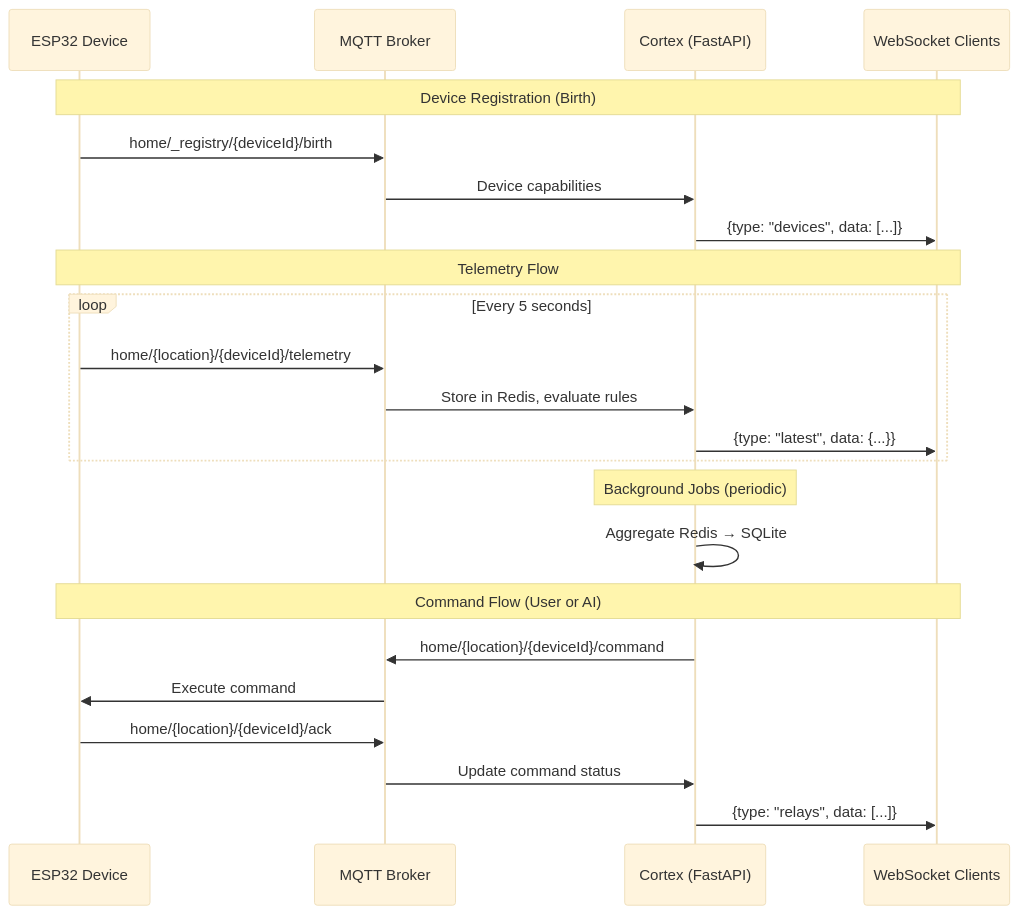
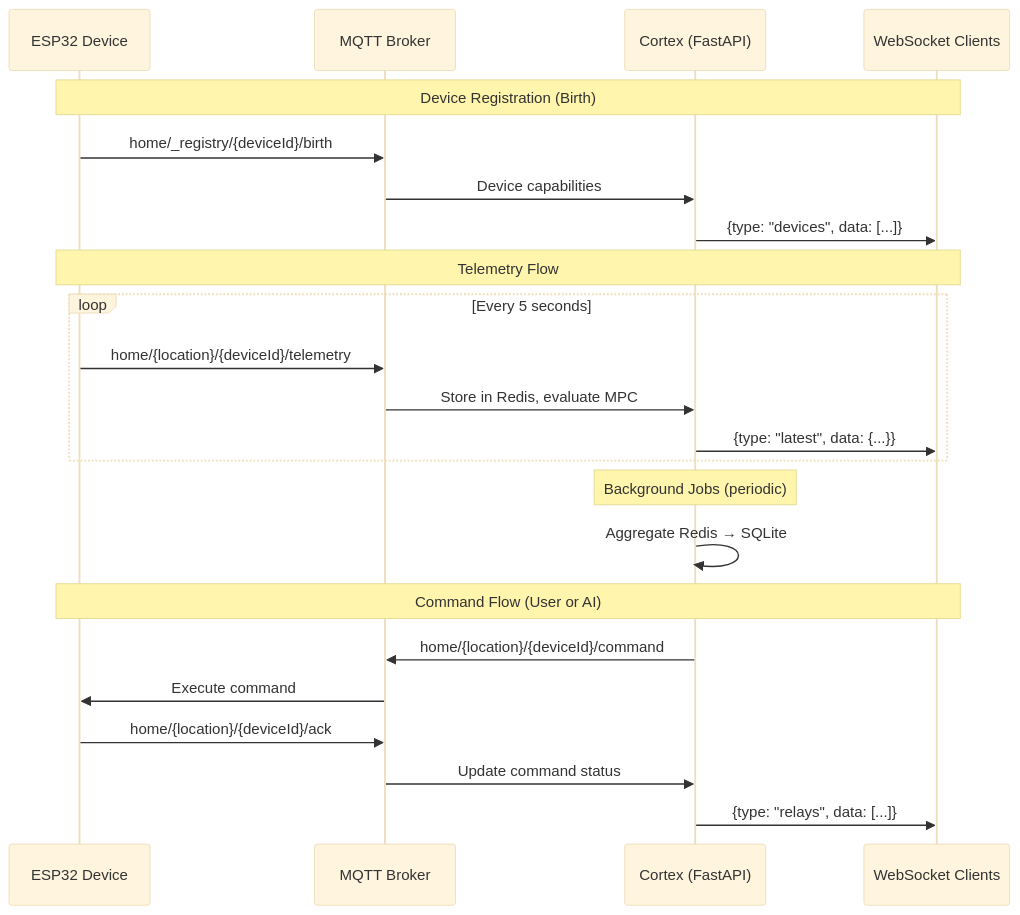
The third of 7 diagrams in README.md (curtisblanchette/my-esp32-project), drawn with Mermaid (base theme) before and after one commit. The commit also changed other lines of this file and 82 other files, not shown here.

First line of the commit message:
refactor(cortex): pivot from rules engine to MPC-only control plane

````diff
--- a/README.md
+++ b/README.md
@@ -133,29 +130,29 @@
 ```mermaid
 sequenceDiagram
     participant D as ESP32 Device
     participant M as MQTT Broker
     participant C as Cortex (FastAPI)
     participant WS as WebSocket Clients
 
     Note over D,WS: Device Registration (Birth)
     D->>M: home/_registry/{deviceId}/birth
     M->>C: Device capabilities
     C->>WS: {type: "devices", data: [...]}
 
     Note over D,WS: Telemetry Flow
     loop Every 5 seconds
         D->>M: home/{location}/{deviceId}/telemetry
-        M->>C: Store in Redis, evaluate rules
+        M->>C: Store in Redis, evaluate MPC
         C->>WS: {type: "latest", data: {...}}
     end
 
     Note over C: Background Jobs (periodic)
     C->>C: Aggregate Redis → SQLite
 
     Note over D,WS: Command Flow (User or AI)
     C->>M: home/{location}/{deviceId}/command
     M->>D: Execute command
     D->>M: home/{location}/{deviceId}/ack
     M->>C: Update command status
     C->>WS: {type: "relays", data: [...]}
 ```
````
